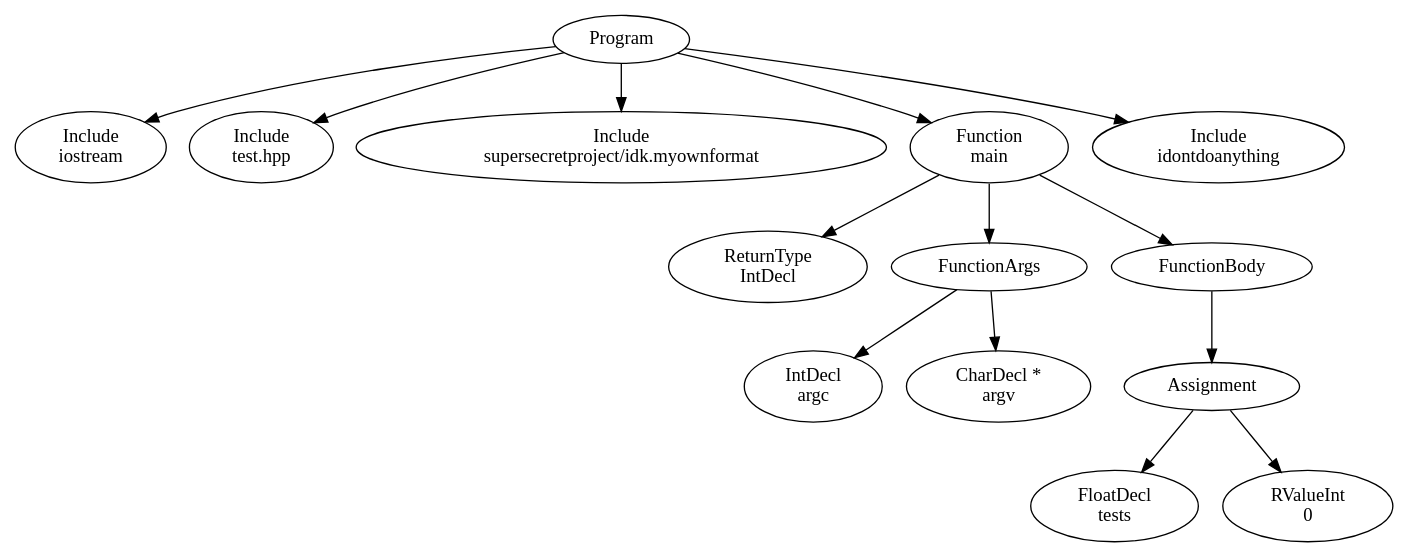
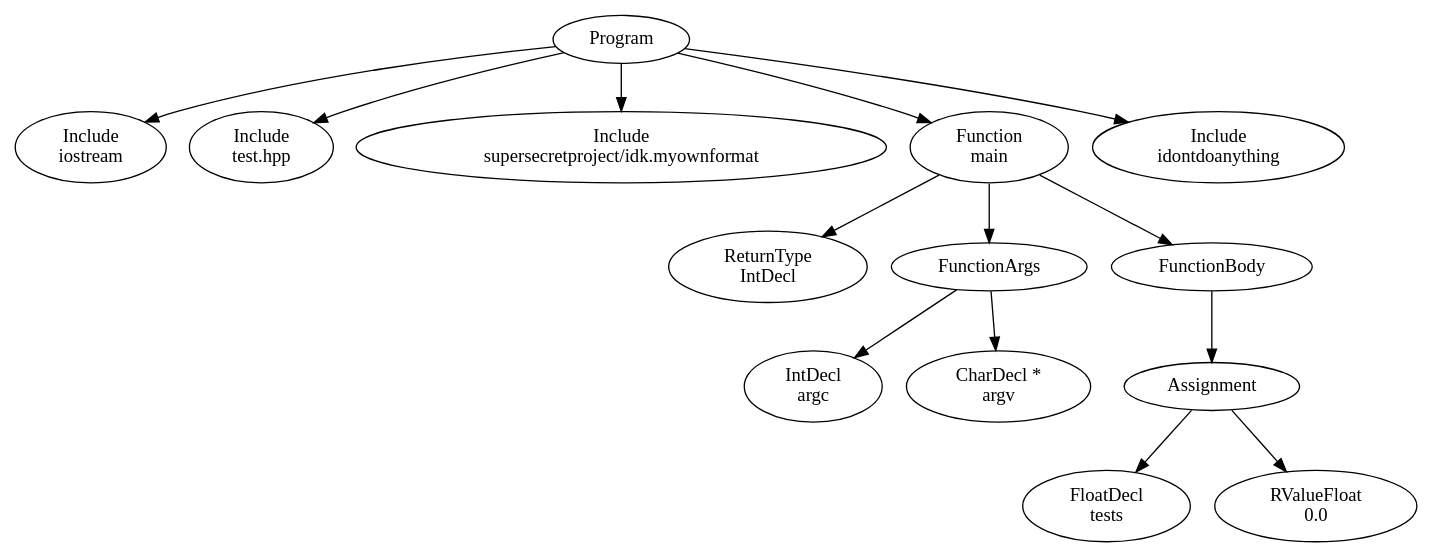
One commit to FedericoQuin/Compilers changed the diagram in official/res/solutions/includes.dot. Above: the diagram before and after it, drawn with Graphviz. The commit also changed 3 other files, not shown here.

```diff
--- a/official/res/solutions/includes.dot
+++ b/official/res/solutions/includes.dot
@@ -1,29 +1,29 @@
 digraph AST {
 5 [label="Program"];
 6 [label="Include \niostream"];
 7 [label="Include \ntest.hpp"];
 8 [label="Include \nsupersecretproject/idk.myownformat"];
 9 [label="Function \nmain"];
 10 [label="ReturnType \nIntDecl"];
 11 [label="FunctionArgs"];
 12 [label="IntDecl \nargc"];
 13 [label="CharDecl * \nargv"];
 11 -> 12;
 11 -> 13;
 14 [label="FunctionBody"];
 15 [label="Assignment"];
 16 [label="FloatDecl \ntests"];
-17 [label="RValueInt \n0"];
+17 [label="RValueFloat \n0.0"];
 15 -> 16;
 15 -> 17;
 14 -> 15;
 9 -> 10;
 9 -> 11;
 9 -> 14;
 18 [label="Include \nidontdoanything"];
 5 -> 6;
 5 -> 7;
 5 -> 8;
 5 -> 9;
 5 -> 18;
 }
```
